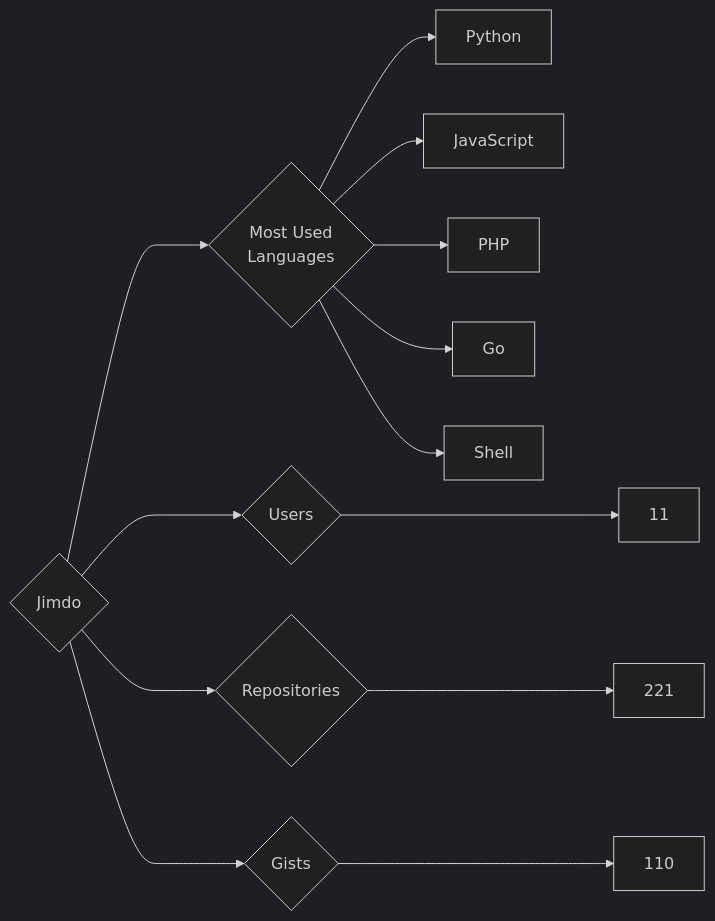
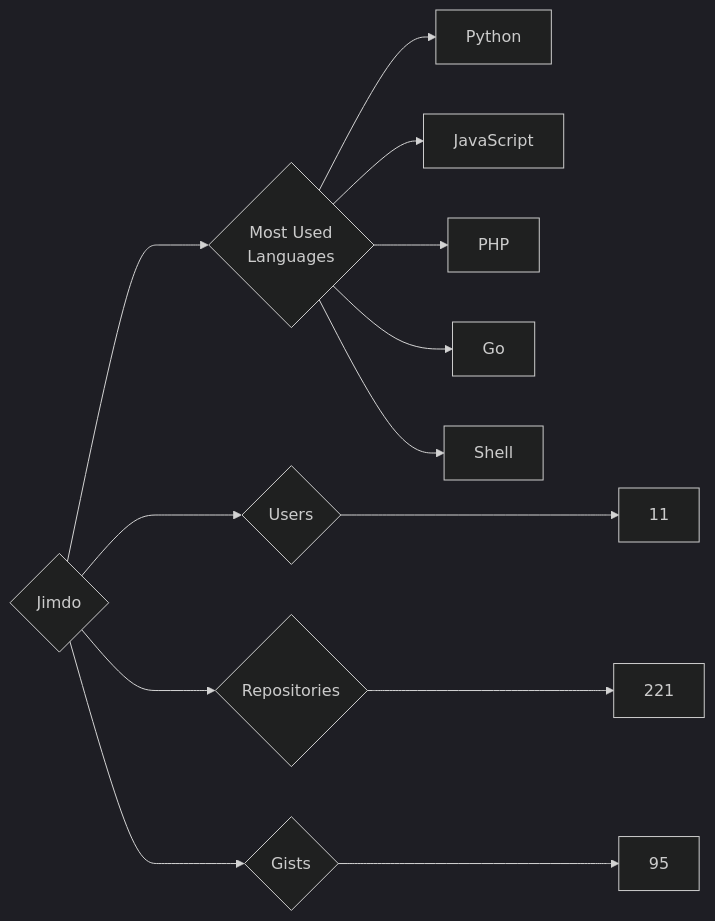
Before and after one commit to trickest/insiders: the diagram in targets/Jimdo/README.md, drawn with Mermaid (dark theme). The commit also changed 629 other files, not shown here.

````diff
--- a/targets/Jimdo/README.md
+++ b/targets/Jimdo/README.md
@@ -3,13 +3,13 @@
 ```mermaid
 graph LR
 COMPANY_NAME{Jimdo}
 COMPANY_NAME ---> U{Users} ---> UN[11]
 COMPANY_NAME ---> R{Repositories} ---> RN[221]
-COMPANY_NAME ---> G{Gists} ---> GN[110]
+COMPANY_NAME ---> G{Gists} ---> GN[95]
 COMPANY_NAME ---> ML{Most Used<br>Languages}
 ML --> Python[Python]
 ML --> JavaScript[JavaScript]
 ML --> PHP[PHP]
 ML --> Go[Go]
 ML --> Shell[Shell]
 ```
````
